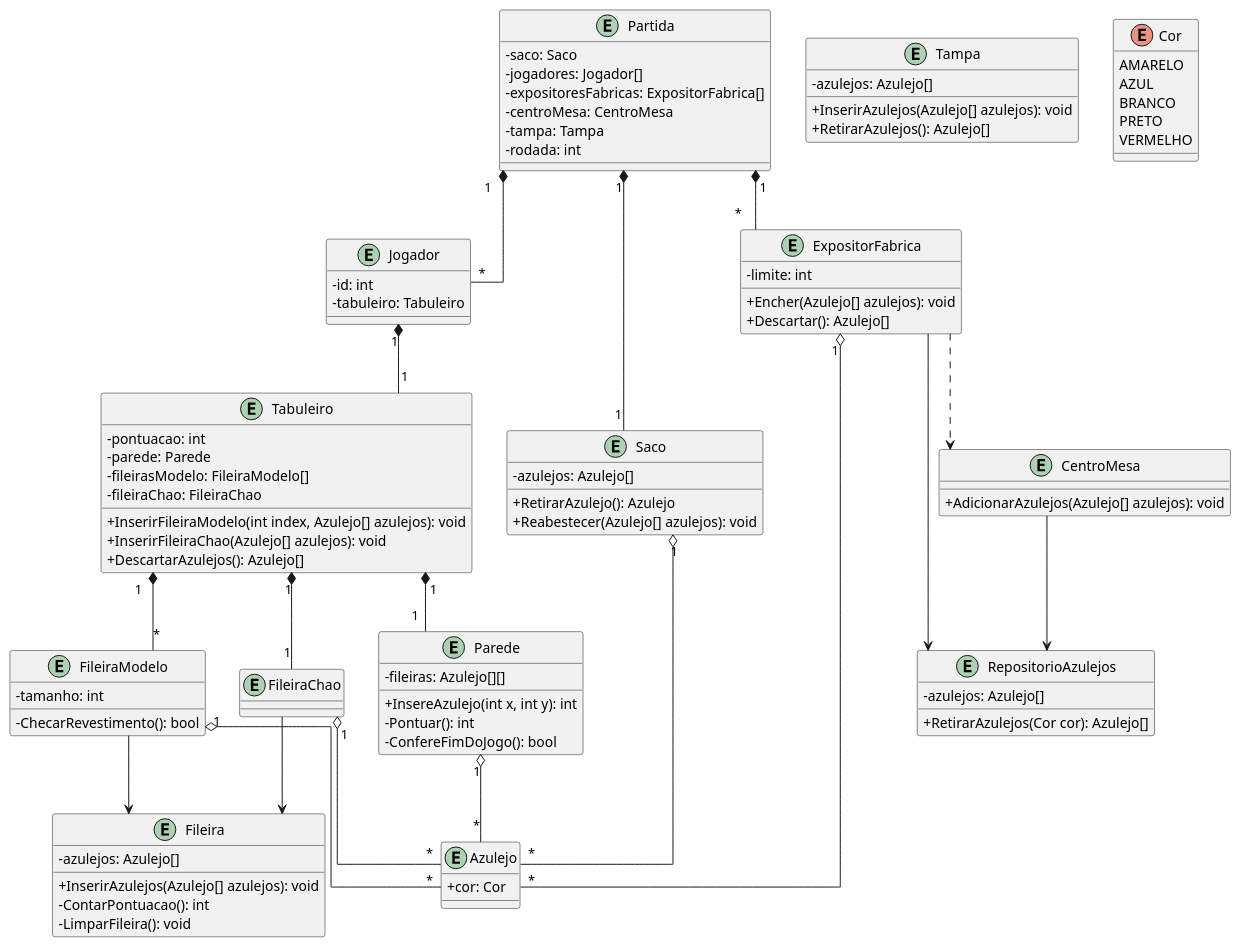
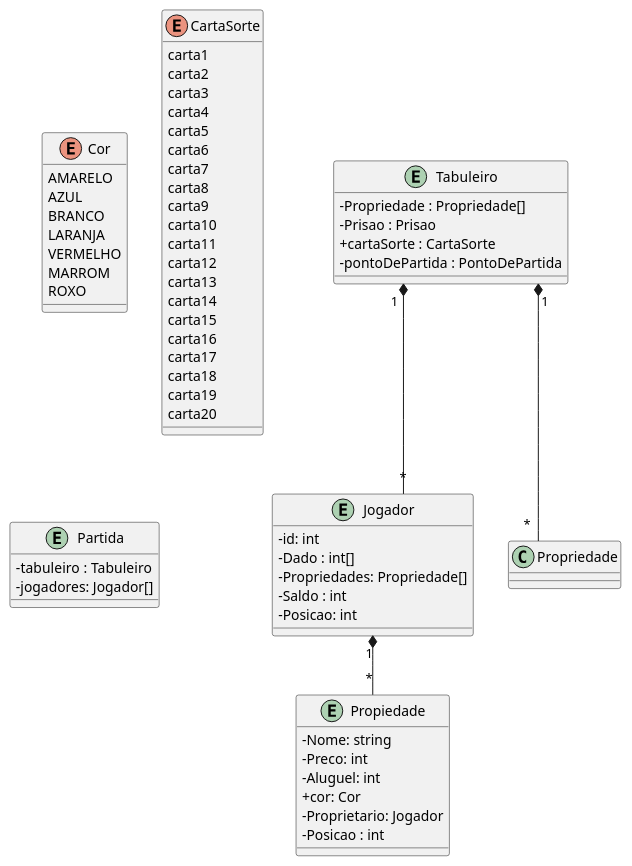
One commit to rogerpcto/ProjetoDeSoftware-UFF changed the diagram in Documentação/diagrama-de-classe.plantuml. Above: the diagram before and after it, drawn with PlantUML.

```diff
--- a/Documentação/diagrama-de-classe.plantuml
+++ b/Documentação/diagrama-de-classe.plantuml
@@ -1,112 +1,71 @@
 @startuml diagrama
 skinparam linetype ortho
 skinparam classAttributeIconSize 0
 
 entity Tabuleiro{
-    - pontuacao: int
-    - parede: Parede
-    - fileirasModelo: FileiraModelo[]
-    - fileiraChao: FileiraChao
-    + InserirFileiraModelo(int index, Azulejo[] azulejos): void
-    + InserirFileiraChao(Azulejo[] azulejos): void
-    + DescartarAzulejos(): Azulejo[]
+    - Propriedade : Propriedade[]
+    - Prisao : Prisao
+    + cartaSorte : CartaSorte
+    - pontoDePartida : PontoDePartida
 }
 
-entity Fileira{
-    - azulejos: Azulejo[]
-    + InserirAzulejos(Azulejo[] azulejos): void
-    - ContarPontuacao(): int
-    - LimparFileira(): void
-}
-
-entity FileiraModelo{
-    - tamanho: int
-    - ChecarRevestimento(): bool
-}
-
-entity FileiraChao{
-}
-
-entity Parede{
-    - fileiras: Azulejo[][]
-    + InsereAzulejo(int x, int y): int
-    - Pontuar(): int
-    - ConfereFimDoJogo(): bool
+entity Propiedade{
+    - Nome: string
+    - Preco: int
+    - Aluguel: int
+    + cor: Cor
+    - Proprietario: Jogador
+    - Posicao : int   
 }
 
 entity Jogador{
     - id: int
-    - tabuleiro: Tabuleiro
-}
-
-entity ExpositorFabrica{
-    - limite: int
-    + Encher(Azulejo[] azulejos): void
-    + Descartar(): Azulejo[]
-}
-
-entity Saco{
-    - azulejos: Azulejo[]
-    + RetirarAzulejo(): Azulejo
-    + Reabestecer(Azulejo[] azulejos): void
-}
-
-entity Tampa{
-    - azulejos: Azulejo[]
-    + InserirAzulejos(Azulejo[] azulejos): void
-    + RetirarAzulejos(): Azulejo[]
+    - Dado : int[]
+    - Propriedades: Propriedade[]
+    - Saldo : int
+    - Posicao: int
 }
 
 enum Cor{
     AMARELO
     AZUL
     BRANCO
-    PRETO
+    LARANJA
     VERMELHO
+    MARROM
+    ROXO
 }
-
-entity Azulejo{
-    + cor: Cor
-}
-
-entity CentroMesa{
-    + AdicionarAzulejos(Azulejo[] azulejos): void
-}
-
-entity RepositorioAzulejos{
-    - azulejos: Azulejo[]
-    + RetirarAzulejos(Cor cor): Azulejo[]
+enum CartaSorte{ 
+        carta1
+        carta2
+        carta3
+        carta4
+        carta5
+        carta6
+        carta7
+        carta8
+        carta9
+        carta10
+        carta11
+        carta12
+        carta13
+        carta14
+        carta15
+        carta16
+        carta17
+        carta18
+        carta19
+        carta20
 }
 
 entity Partida{
-    - saco: Saco
+    - tabuleiro : Tabuleiro
     - jogadores: Jogador[]
-    - expositoresFabricas: ExpositorFabrica[]
-    - centroMesa: CentroMesa
-    - tampa: Tampa
-    - rodada: int
-}
+    }
 
-Tabuleiro "1" *-- "*" FileiraModelo
-Tabuleiro "1" *-- "1" FileiraChao
-Tabuleiro "1" *-- "1" Parede
-
-Jogador "1" *-- "1" Tabuleiro
-
-Partida "1" *-- "1" Saco
-Partida "1" *-- "*" Jogador
-Partida "1" *-- "*" ExpositorFabrica
-
-Saco "1" o-- "*" Azulejo
-ExpositorFabrica "1" o-- "*" Azulejo
-Parede "1" o-- "*" Azulejo
-FileiraModelo "1" o-- "*" Azulejo
-FileiraChao "1" o-- "*" Azulejo
-
-CentroMesa --> RepositorioAzulejos
-ExpositorFabrica --> RepositorioAzulejos
-ExpositorFabrica ..> CentroMesa
-FileiraChao --> Fileira
-FileiraModelo --> Fileira
+    Tabuleiro "1" *-- "*" Jogador
+    Tabuleiro "1" *-- "*" Propriedade
+    
+    Jogador "1"  *-- "*" Propiedade
 
 @enduml
```
